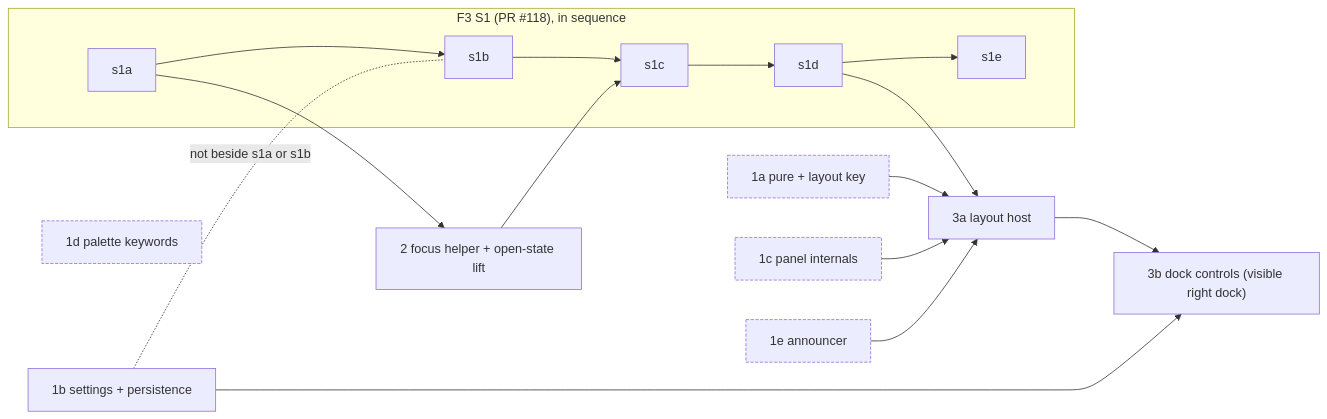
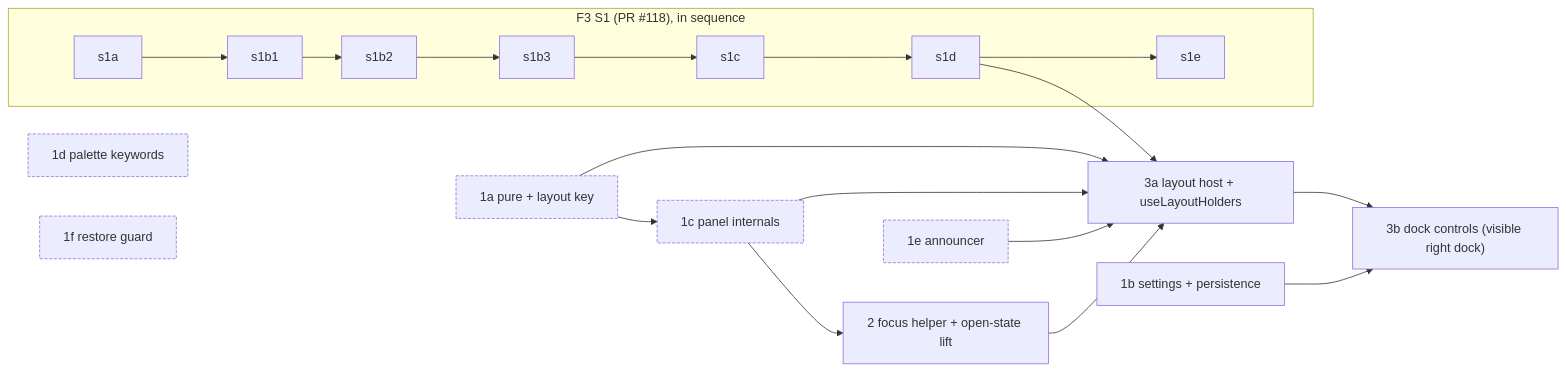
The second of 2 diagrams in docs/superpowers/specs/2026-11-10-thoughts-panel-architecture.md (alvin-reyes/better-agentic-ide), drawn with Mermaid before and after one commit. The commit also changed other lines of this file and 5 other files, not shown here.

Commit message:
Design: Thoughts panel dock architecture note revision 3 (delta review: PR #118 seven stories, Scratchpad ordering, restore guard in managed state, useLayoutHolders)

````diff
--- a/docs/superpowers/specs/2026-11-10-thoughts-panel-architecture.md
+++ b/docs/superpowers/specs/2026-11-10-thoughts-panel-architecture.md
@@ -293,23 +359,24 @@
 ```mermaid
 flowchart LR
   subgraph F3["F3 S1 (PR #118), in sequence"]
-    s1a --> s1b --> s1c --> s1d --> s1e
+    s1a --> s1b1 --> s1b2 --> s1b3 --> s1c --> s1d --> s1e
   end
   T1a["1a pure + layout key"]:::any
   T1c["1c panel internals"]:::any
   T1d["1d palette keywords"]:::any
   T1e["1e announcer"]:::any
+  T1f["1f restore guard"]:::any
   T1b["1b settings + persistence"]
   T2["2 focus helper + open-state lift"]
-  T3a["3a layout host"]
+  T3a["3a layout host + useLayoutHolders"]
   T3b["3b dock controls (visible right dock)"]
-  T1b -. "not beside s1a or s1b" .- s1b
-  s1a --> T2
-  T2 --> s1c
+  T1a --> T1c
+  T1c --> T2
   s1d --> T3a --> T3b
   T1a --> T3a
   T1c --> T3a
   T1e --> T3a
+  T2 --> T3a
   T1b --> T3b
   classDef any stroke-dasharray: 4 2
 ```
````
